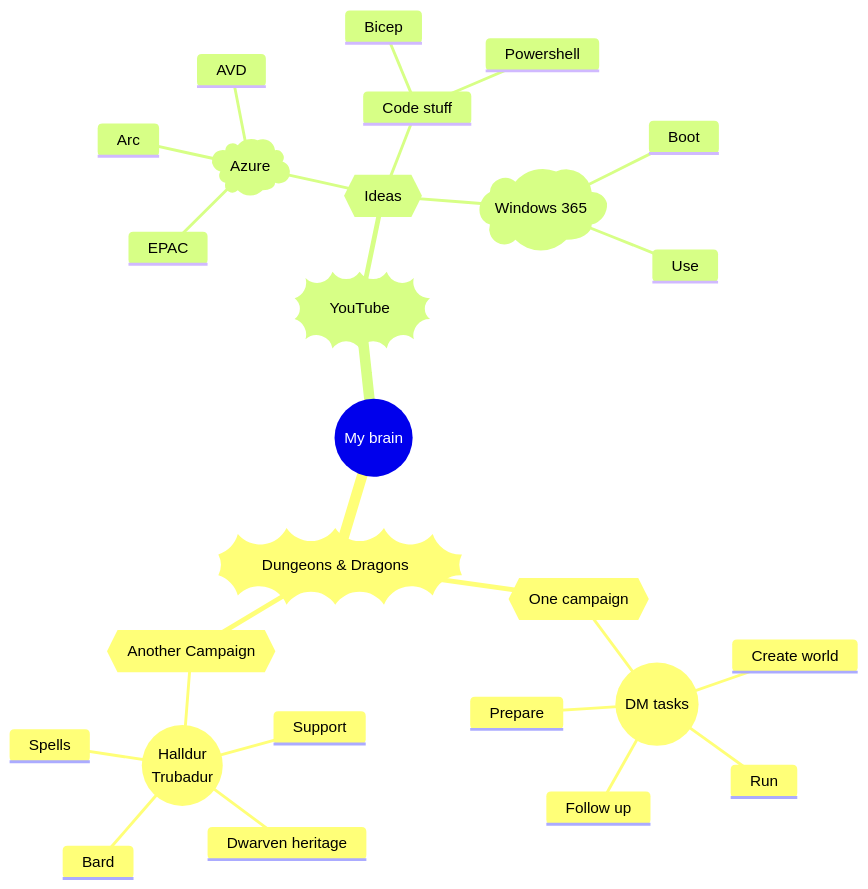
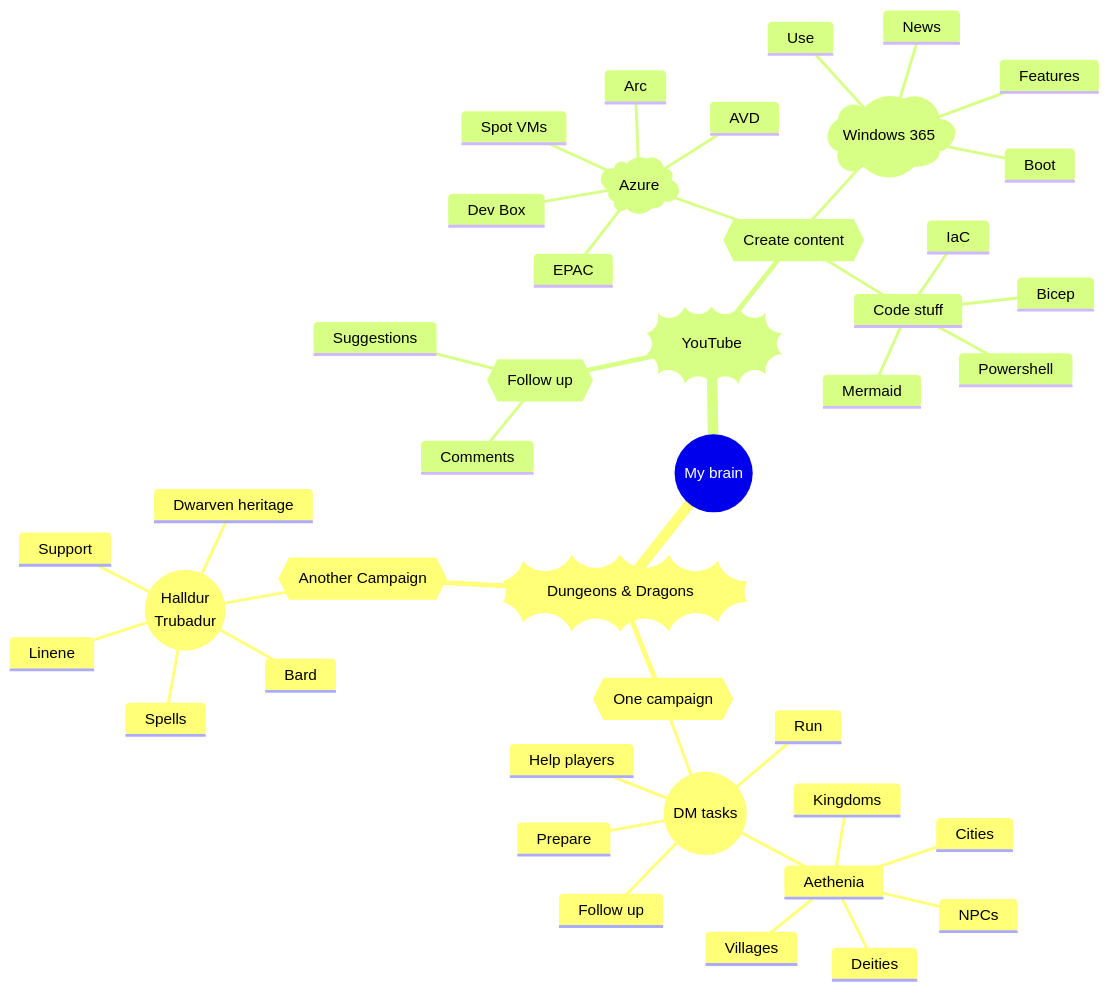
Diagram 13 of 18 in Mermaid/mermaid.md (PetterTech/YouTubeStuff), drawn with Mermaid before and after one commit. The commit also changed other lines of this file, not shown here.

Commit message:
Added more nodes

````diff
--- a/Mermaid/mermaid.md
+++ b/Mermaid/mermaid.md
@@ -208,30 +208,46 @@
 ``` mermaid
 mindmap
   root((My brain))
     id))Dungeons & Dragons((
       id{{One campaign}}
         id((DM tasks))
-          Create world
+          Aethenia
+            Kingdoms
+            Cities
+            Villages
+            NPCs
+            Deities
           Prepare
           Run
           Follow up
+          Help players
       id{{Another Campaign}}
         id((Halldur
         Trubadur))
           Bard
           Dwarven heritage
           Support
           Spells
+          Linene
     ))YouTube((
-      id{{Ideas}}
+      id{{Follow up}}
+        Comments
+        Suggestions
+      id{{Create content}}
         id)Azure(
           EPAC
           Arc
           AVD
+          Dev Box
+          Spot VMs
         Code stuff
           Powershell
           Bicep
+          Mermaid
+          IaC
         id)Windows 365(
             Boot
             Use
+            Features
+            News
 ```
````
